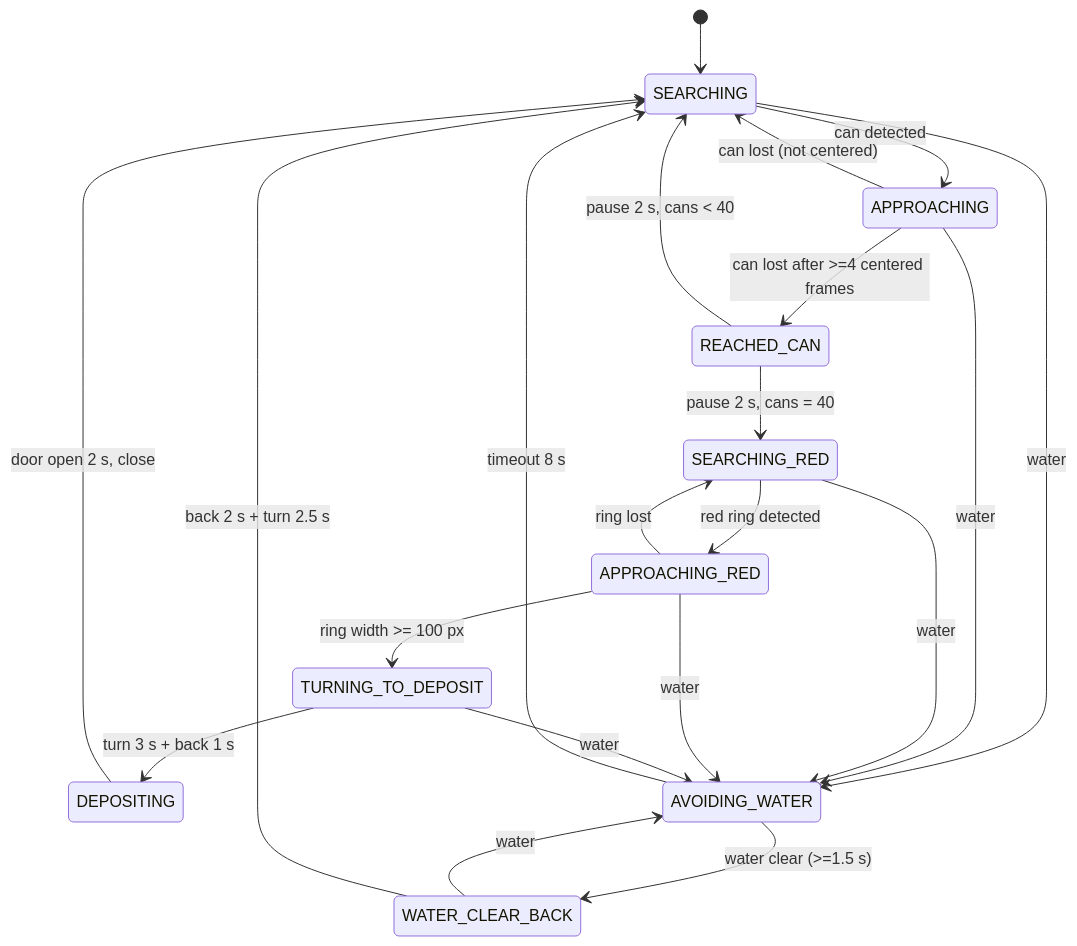
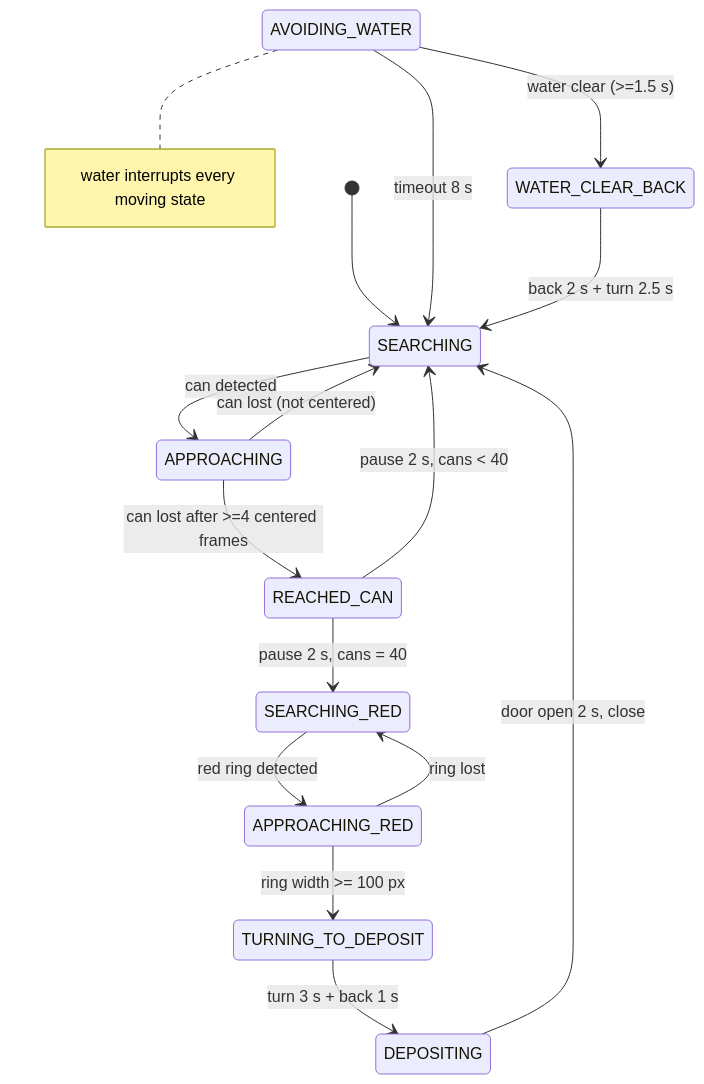
One commit to paco-vive/KATA-bot-Autonomous-Waste-Collection-Robot changed the second of 2 diagrams in README.md. Above: the diagram before and after it, drawn with Mermaid. The commit also changed other lines of this file and 71 other files, not shown here.

````diff
--- a/README.md
+++ b/README.md
@@ -62,23 +66,18 @@
 ```mermaid
 stateDiagram-v2
     [*] --> SEARCHING
     SEARCHING --> APPROACHING: can detected
     APPROACHING --> REACHED_CAN: can lost after >=4 centered frames
     APPROACHING --> SEARCHING: can lost (not centered)
     REACHED_CAN --> SEARCHING: pause 2 s, cans < 40
     REACHED_CAN --> SEARCHING_RED: pause 2 s, cans = 40
     SEARCHING_RED --> APPROACHING_RED: red ring detected
     APPROACHING_RED --> SEARCHING_RED: ring lost
     APPROACHING_RED --> TURNING_TO_DEPOSIT: ring width >= 100 px
     TURNING_TO_DEPOSIT --> DEPOSITING: turn 3 s + back 1 s
     DEPOSITING --> SEARCHING: door open 2 s, close
-    SEARCHING --> AVOIDING_WATER: water
-    APPROACHING --> AVOIDING_WATER: water
-    SEARCHING_RED --> AVOIDING_WATER: water
-    APPROACHING_RED --> AVOIDING_WATER: water
-    TURNING_TO_DEPOSIT --> AVOIDING_WATER: water
-    WATER_CLEAR_BACK --> AVOIDING_WATER: water
     AVOIDING_WATER --> WATER_CLEAR_BACK: water clear (>=1.5 s)
     AVOIDING_WATER --> SEARCHING: timeout 8 s
     WATER_CLEAR_BACK --> SEARCHING: back 2 s + turn 2.5 s
+    note right of AVOIDING_WATER: water interrupts every moving state
 ```
````
